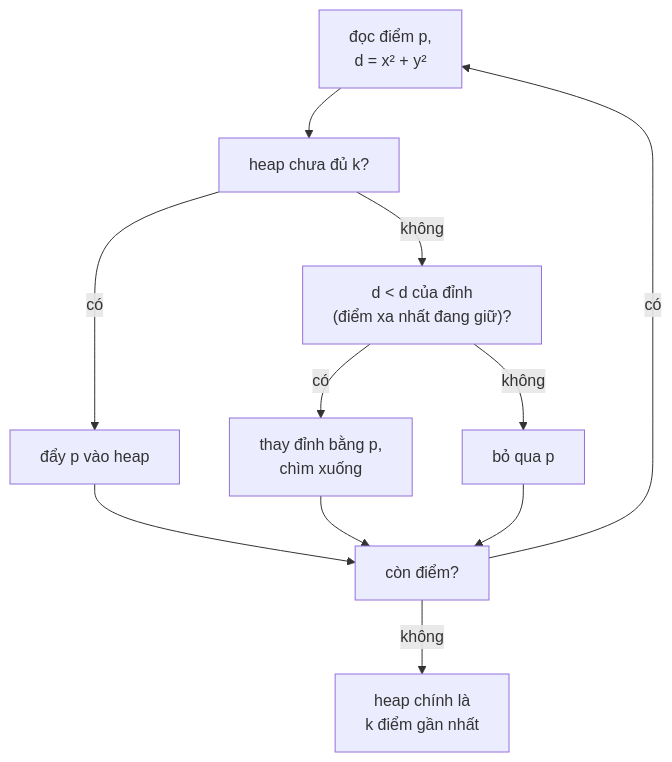
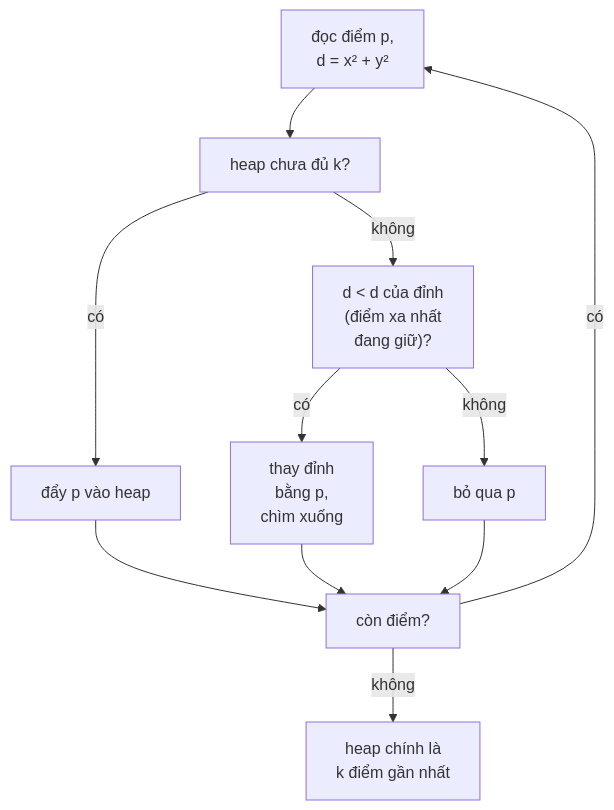
One commit to duongbui234/software-engineering-atlas changed the diagram in content/problems/k-closest-points-to-origin.md. Above: the diagram before and after it, drawn with Mermaid. The commit also changed 134 other files, not shown here.

First line of the commit message:
Fit every Mermaid diagram at 390px without sideways scroll (#56)

````diff
--- a/content/problems/k-closest-points-to-origin.md
+++ b/content/problems/k-closest-points-to-origin.md
@@ -49,13 +49,13 @@
 ```mermaid
 flowchart TB
   A["đọc điểm p,<br/>d = x² + y²"] --> B["heap chưa đủ k?"]
   B -->|"có"| C["đẩy p vào heap"]
-  B -->|"không"| D["d < d của đỉnh<br/>(điểm xa nhất đang giữ)?"]
-  D -->|"có"| E["thay đỉnh bằng p,<br/>chìm xuống"]
+  B -->|"không"| D["d < d của đỉnh<br/>(điểm xa nhất<br/>đang giữ)?"]
+  D -->|"có"| E["thay đỉnh<br/>bằng p,<br/>chìm xuống"]
   D -->|"không"| F["bỏ qua p"]
   C --> G["còn điểm?"]
   E --> G
   F --> G
   G -->|"có"| A
   G -->|"không"| H["heap chính là<br/>k điểm gần nhất"]
 ```
````
